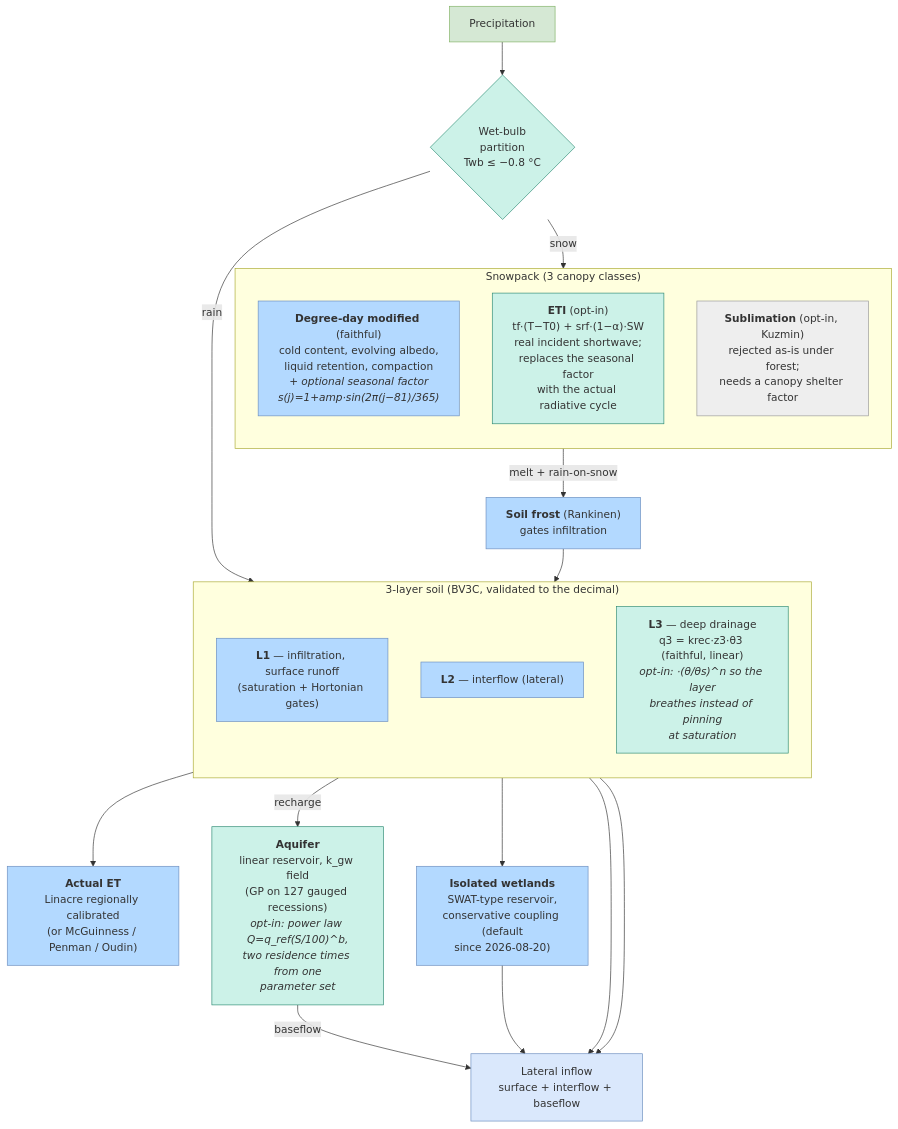
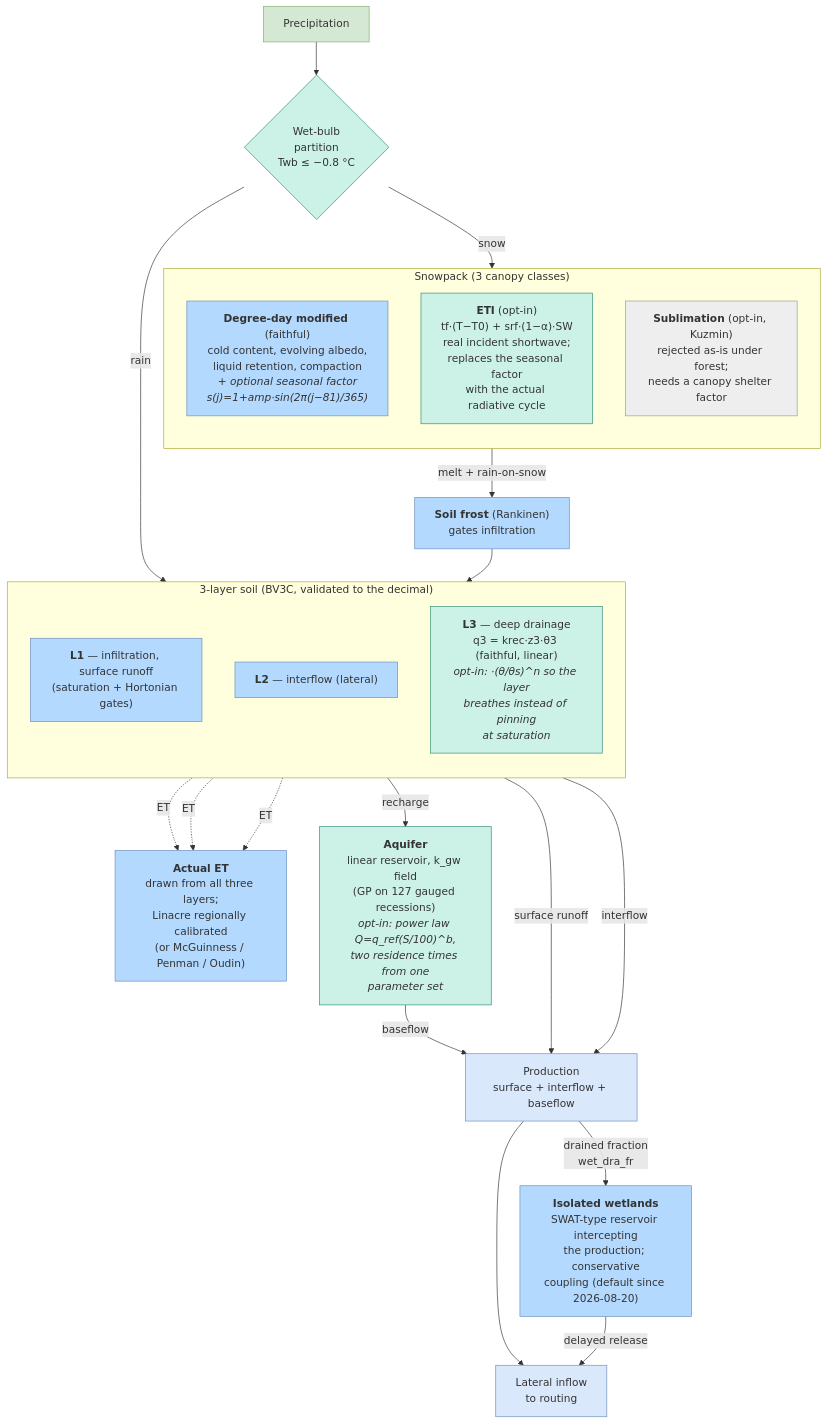
The second of 3 diagrams in docs/architecture.md (essicolo/meandre), drawn with Mermaid before and after one commit.

Commit message:
diagramme colonne : plus d'arcs depuis le cadre SOIL (fleche fantome pres de L2, relevee par Essi) ; ET puise des 3 couches, le milieu humide intercepte la PRODUCTION comme dans bv3c2
Claude-Session: https://claude.ai/code/session_01SKYPS5Bb3NaDxjcARnsejM

````diff
--- a/docs/architecture.md
+++ b/docs/architecture.md
@@ -55,37 +55,40 @@
 ```mermaid
 flowchart TB
     P["Precipitation"]:::input --> WB{"Wet-bulb<br/>partition<br/>Twb ≤ −0.8 °C"}:::modern
     WB -->|snow| SN
     WB -->|rain| SOIL
 
     subgraph SN["Snowpack (3 canopy classes)"]
         direction TB
         DD["<b>Degree-day modified</b> (faithful)<br/>cold content, evolving albedo,<br/>liquid retention, compaction<br/><i>+ optional seasonal factor</i><br/><i>s(j)=1+amp·sin(2π(j−81)/365)</i>"]:::physics
         ETI["<b>ETI</b> (opt-in)<br/>tf·(T−T0) + srf·(1−α)·SW<br/>real incident shortwave;<br/>replaces the seasonal factor<br/>with the actual radiative cycle"]:::modern
         SUB["<b>Sublimation</b> (opt-in, Kuzmin)<br/>rejected as-is under forest;<br/>needs a canopy shelter factor"]:::modernoff
     end
 
     SN -->|melt + rain-on-snow| FR["<b>Soil frost</b> (Rankinen)<br/>gates infiltration"]:::physics
     FR --> SOIL
 
     subgraph SOIL["3-layer soil (BV3C, validated to the decimal)"]
         direction TB
         L1["<b>L1</b> — infiltration, surface runoff<br/>(saturation + Hortonian gates)"]:::physics
         L2["<b>L2</b> — interflow (lateral)"]:::physics
         L3["<b>L3</b> — deep drainage<br/>q3 = krec·z3·θ3 (faithful, linear)<br/><i>opt-in: ·(θ/θs)^n so the layer<br/>breathes instead of pinning<br/>at saturation</i>"]:::modern
     end
 
-    SOIL --> ETR["<b>Actual ET</b><br/>Linacre regionally calibrated<br/>(or McGuinness / Penman / Oudin)"]:::physics
-    SOIL --> WET["<b>Isolated wetlands</b><br/>SWAT-type reservoir,<br/>conservative coupling (default<br/>since 2026-08-20)"]:::physics
+    L1 -.->|ET| ETR["<b>Actual ET</b><br/>drawn from all three layers;<br/>Linacre regionally calibrated<br/>(or McGuinness / Penman / Oudin)"]:::physics
+    L2 -.->|ET| ETR
+    L3 -.->|ET| ETR
     L3 -->|recharge| GW["<b>Aquifer</b><br/>linear reservoir, k_gw field<br/>(GP on 127 gauged recessions)<br/><i>opt-in: power law Q=q_ref(S/100)^b,<br/>two residence times from one<br/>parameter set</i>"]:::modern
-    GW -->|baseflow| OUT["Lateral inflow<br/>surface + interflow + baseflow"]:::flow
-    L1 --> OUT
-    L2 --> OUT
-    WET --> OUT
+    L1 -->|surface runoff| PROD["Production<br/>surface + interflow + baseflow"]:::flow
+    L2 -->|interflow| PROD
+    GW -->|baseflow| PROD
+    PROD -->|"drained fraction<br/>wet_dra_fr"| WET["<b>Isolated wetlands</b><br/>SWAT-type reservoir intercepting<br/>the production; conservative<br/>coupling (default since 2026-08-20)"]:::physics
+    PROD --> OUT["Lateral inflow<br/>to routing"]:::flow
+    WET -->|delayed release| OUT
 
     classDef input fill:#d5e8d4,stroke:#82b366
     classDef physics fill:#b3d9ff,stroke:#6c8ebf
     classDef modern fill:#ccf2e8,stroke:#2e8b74
     classDef modernoff fill:#eeeeee,stroke:#999999
     classDef flow fill:#dae8fc,stroke:#6c8ebf
 ```
````
